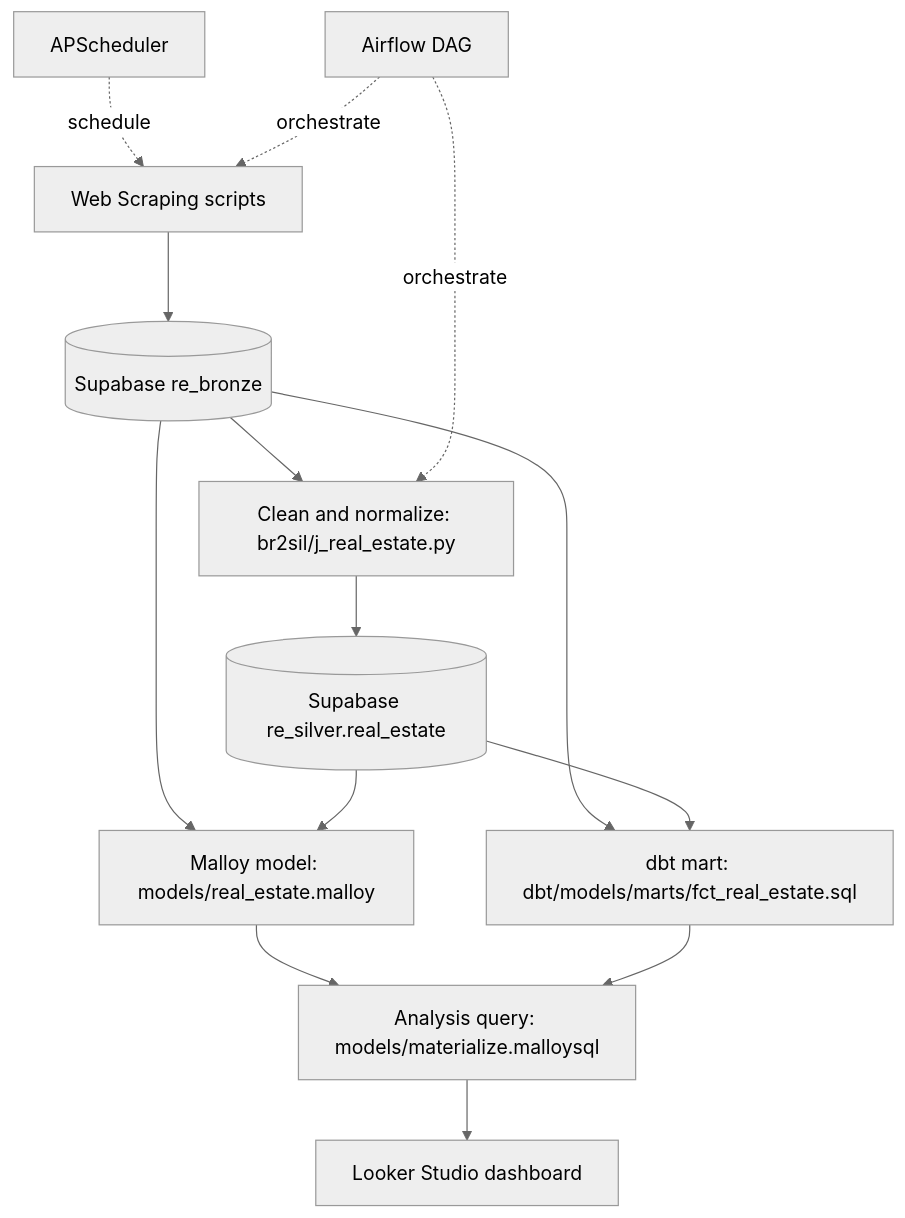
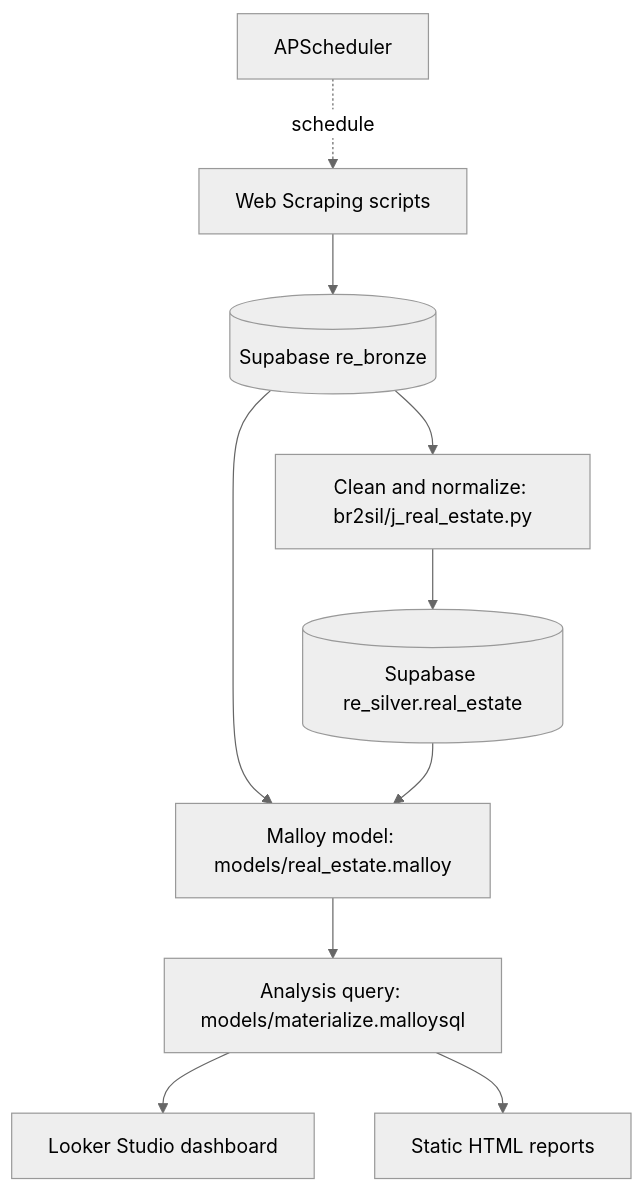
The diagram in index.md (DataSpi/scrape-batdongsan-data), drawn with Mermaid (neutral theme) before and after one commit. The commit also changed other lines of this file and 1 other file, not shown here.

Commit message:
feat: fix readme and index

````diff
--- a/index.md
+++ b/index.md
@@ -22,19 +18,14 @@
 ```mermaid
 graph TD
   A[Web Scraping scripts] --> B[(Supabase re_bronze)]
   B --> C[Clean and normalize: br2sil/j_real_estate.py]
   C --> D[(Supabase re_silver.real_estate)]
 
   B --> E[Malloy model: models/real_estate.malloy]
   D --> E
-  B --> F[dbt mart: dbt/models/marts/fct_real_estate.sql]
-  D --> F
-
   E --> G[Analysis query: models/materialize.malloysql]
-  F --> G
   G --> H[Looker Studio dashboard]
+  G --> I[Static HTML reports]
 
   J[APScheduler] -. schedule .-> A
-  K[Airflow DAG] -. orchestrate .-> A
-  K -. orchestrate .-> C
 ```
````
